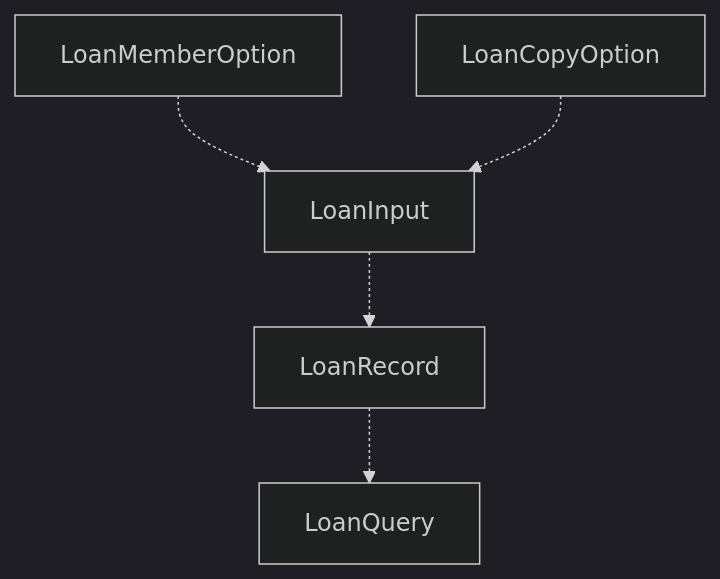
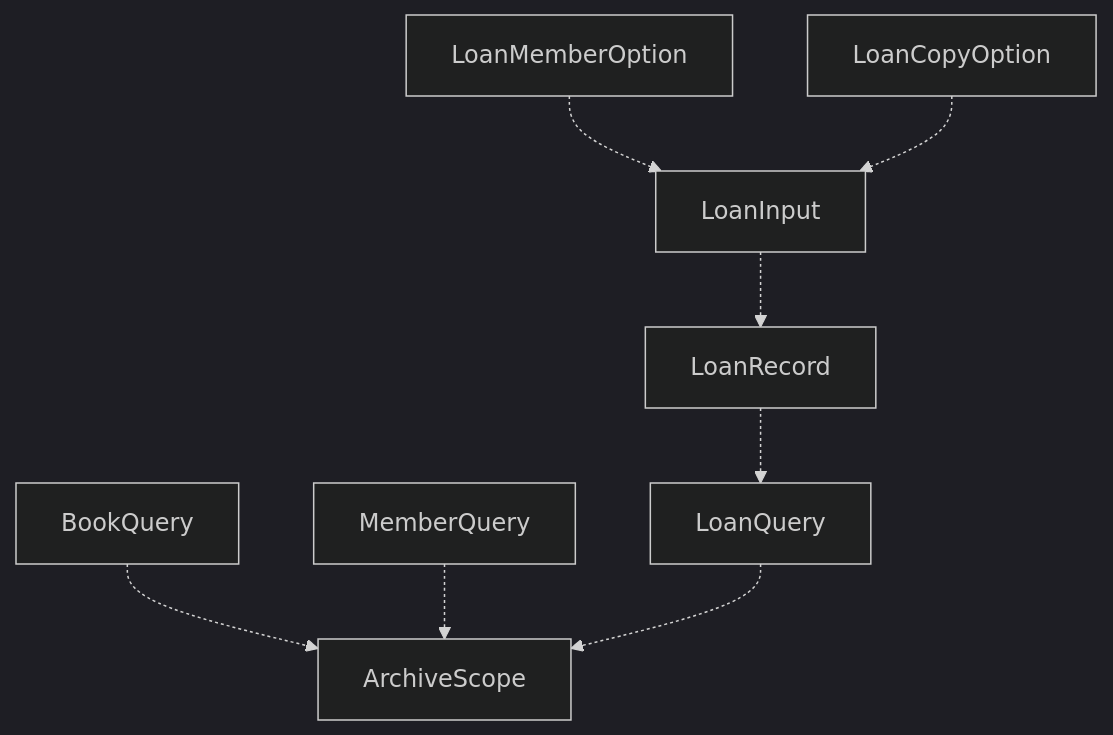
Before and after one commit to medaminben/VLMS: diagram 16 of 27 in docs/architecture/beta-uml.md, drawn with Mermaid (dark theme). The commit also changed other lines of this file, not shown here.

Commit message:
Refresh the Beta UML for the library split and schema 7.

````diff
--- a/docs/architecture/beta-uml.md
+++ b/docs/architecture/beta-uml.md
@@ -457,13 +531,17 @@
 ```mermaid
 flowchart TD
     LI[LoanInput]
     LR[LoanRecord]
     LQ[LoanQuery]
     LMO[LoanMemberOption]
     LCO[LoanCopyOption]
+    AS[ArchiveScope]
 
     LR -.-> LQ
     LI -.-> LR
     LMO -.-> LI
     LCO -.-> LI
+    BQ2[BookQuery] -.-> AS
+    MQ2[MemberQuery] -.-> AS
+    LQ -.-> AS
 ```
````
